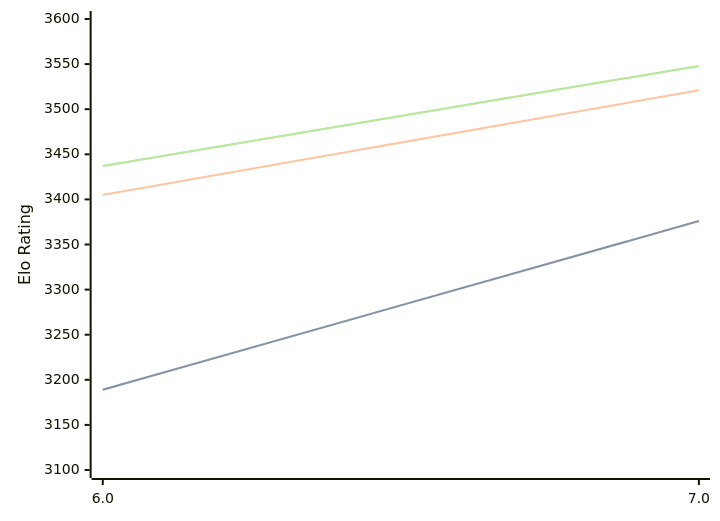
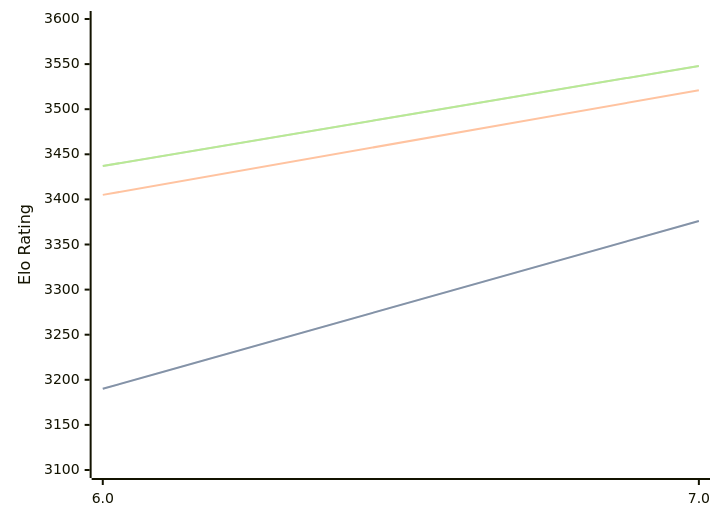
The diagram in engines/Devre.md (computer-chess-index/cci), drawn with Mermaid before and after one commit. The commit also changed other lines of this file, not shown here.

````diff
--- a/engines/Devre.md
+++ b/engines/Devre.md
@@ -32,11 +32,11 @@
 ```mermaid
 %%{init: {"theme":"base","themeVariables":{"seriesColors:['#a3a3a3','#222221','#faa371']}}}%%
 xychart-beta
   x-axis ["6.0", "7.0"]
   y-axis "Elo Rating" 3100 --> 3600
-  line "" [3189, 3376]
-  line "STC (8.0+0.08s)" [3189, 3376]
+  line "" [3190, 3376]
+  line "STC (8.0+0.08s)" [3190, 3376]
   line "LTC (60.0+0.60s)" [3405, 3521]
   line "" [3437, 3548]
   line "VLTC (2m24s+1.12s)" [3437, 3548]
 ```
````
